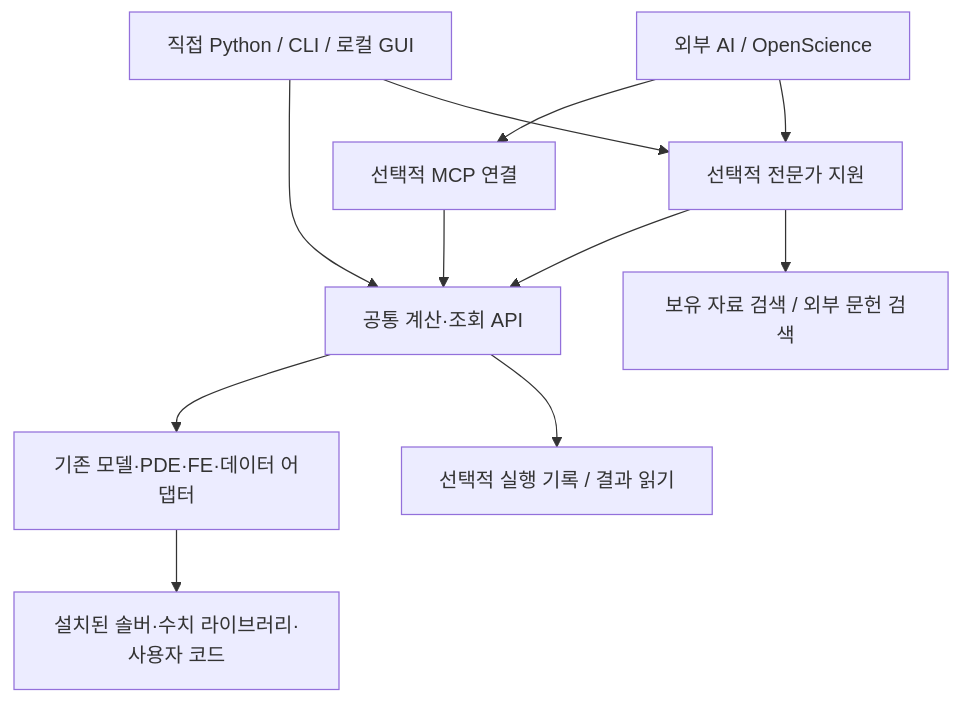
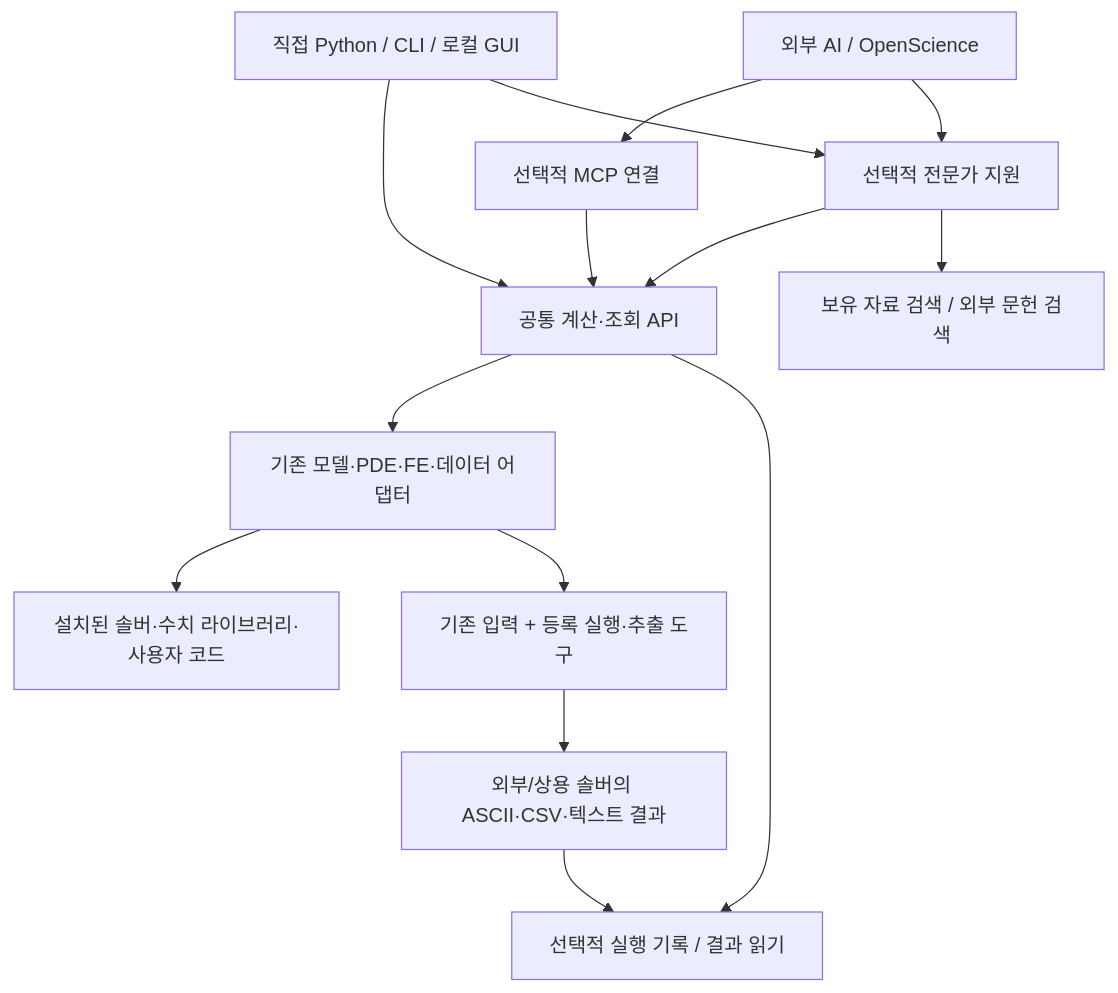
The first of 8 diagrams in docs/WORKBENCH_REDESIGN.md (pikachu444/autonomous-cae-lab), drawn with Mermaid before and after one commit. The commit also changed other lines of this file and 6 other files, not shown here.

````diff
--- a/docs/WORKBENCH_REDESIGN.md
+++ b/docs/WORKBENCH_REDESIGN.md
@@ -32,13 +36,16 @@
 ```mermaid
 flowchart TB
   A["직접 Python / CLI / 로컬 GUI"] --> C["공통 계산·조회 API"]
   B["외부 AI / OpenScience"] --> M["선택적 MCP 연결"]
   M --> C
   B --> X["선택적 전문가 지원"]
   A --> X
   X --> C
   X --> K["보유 자료 검색 / 외부 문헌 검색"]
   C --> E["기존 모델·PDE·FE·데이터 어댑터"]
   C --> R["선택적 실행 기록 / 결과 읽기"]
   E --> S["설치된 솔버·수치 라이브러리·사용자 코드"]
+  E --> F["기존 입력 + 등록 실행·추출 도구"]
+  F --> T["외부/상용 솔버의 ASCII·CSV·텍스트 결과"]
+  T --> R
 ```
````
